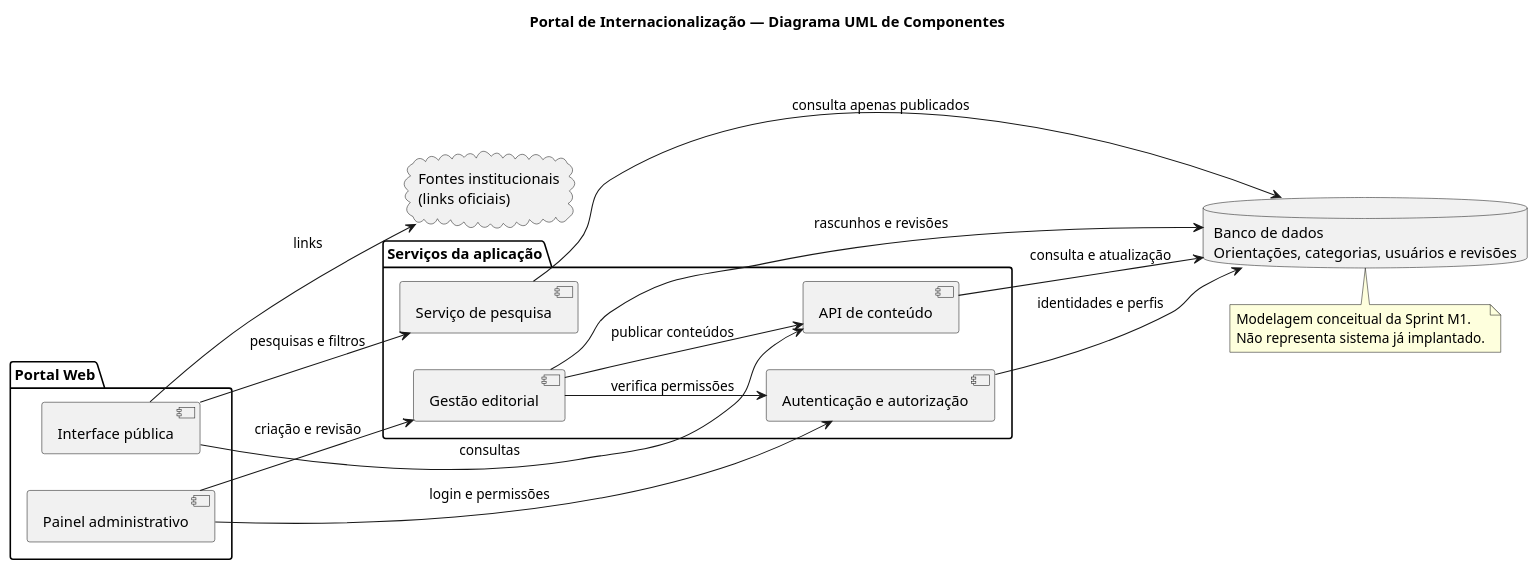
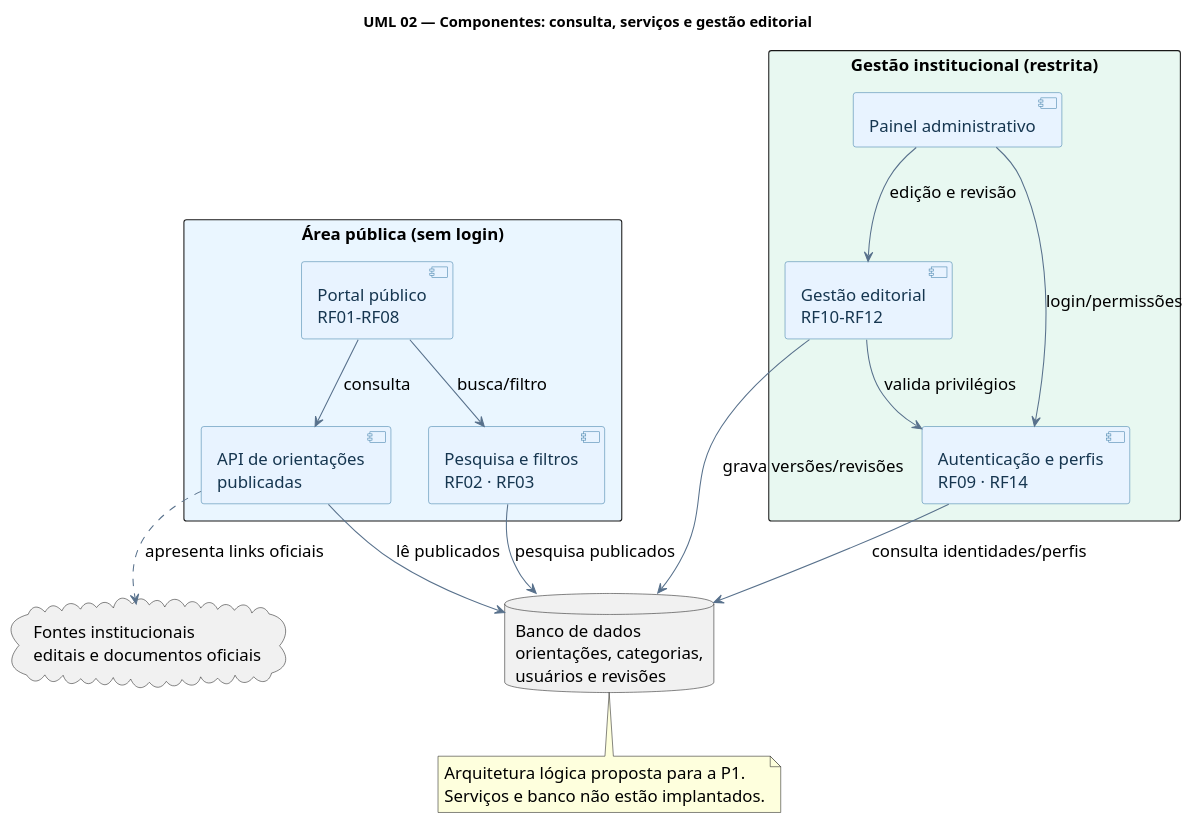
Before and after one commit to Ruan-levi/-requisitos-20262--grupo08: the diagram in diagrams/02-componentes.puml, drawn with PlantUML. The commit also changed 8 other files, not shown here.

Commit message:
docs(uml): redesenhar 3 diagramas e preparar roteiro visual de apresentacao

```diff
--- a/diagrams/02-componentes.puml
+++ b/diagrams/02-componentes.puml
@@ -1,36 +1,42 @@
 @startuml
-title Portal de Internacionalização — Diagrama UML de Componentes
-left to right direction
+' Portal de Internacionalização · Grupo 08 · Proposta 4 · Sprint M1
+title UML 02 — Componentes: consulta, serviços e gestão editorial
+top to bottom direction
+skinparam backgroundColor #FFFFFF
 skinparam shadowing false
+skinparam defaultFontName Arial
+skinparam defaultFontSize 16
 skinparam componentStyle uml2
+skinparam packageStyle rectangle
+skinparam ArrowColor #58718C
+skinparam ComponentBackgroundColor #E8F3FF
+skinparam ComponentBorderColor #3A7BA6
+skinparam ComponentFontColor #163650
+package "Área pública (sem login)" #EAF6FF {
+  component "Portal público\nRF01–RF08" as PUBLIC
+  component "API de orientações\npublicadas" as CONTENT
+  component "Pesquisa e filtros\nRF02 · RF03" as SEARCH
+}
+package "Gestão institucional (restrita)" #E8F8F1 {
+  component "Painel administrativo" as ADMINUI
+  component "Gestão editorial\nRF10–RF12" as EDITORIAL
+  component "Autenticação e perfis\nRF09 · RF14" as AUTH
+}
+database "Banco de dados\norientações, categorias,\nusuários e revisões" as DB
+cloud "Fontes institucionais\neditais e documentos oficiais" as SOURCES
 
-package "Portal Web" {
-  [Interface pública] as UI
-  [Painel administrativo] as AdminUI
-}
-package "Serviços da aplicação" {
-  [API de conteúdo] as API
-  [Serviço de pesquisa] as Busca
-  [Gestão editorial] as Editorial
-  [Autenticação e autorização] as Auth
-}
-database "Banco de dados\nOrientações, categorias, usuários e revisões" as DB
-cloud "Fontes institucionais\n(links oficiais)" as Fonte
-
-UI --> API : consultas
-UI --> Busca : pesquisas e filtros
-UI --> Fonte : links
-AdminUI --> Auth : login e permissões
-AdminUI --> Editorial : criação e revisão
-Editorial --> Auth : verifica permissões
-Editorial --> API : publicar conteúdos
-API --> DB : consulta e atualização
-Busca --> DB : consulta apenas publicados
-Editorial --> DB : rascunhos e revisões
-Auth --> DB : identidades e perfis
-
+PUBLIC --> CONTENT : consulta
+PUBLIC --> SEARCH : busca/filtro
+ADMINUI --> EDITORIAL : edição e revisão
+ADMINUI --> AUTH : login/permissões
+EDITORIAL --> AUTH : valida privilégios
+CONTENT --> DB : lê publicados
+SEARCH --> DB : pesquisa publicados
+EDITORIAL --> DB : grava versões/revisões
+AUTH --> DB : consulta identidades/perfis
+CONTENT ..> SOURCES : apresenta links oficiais
 note bottom of DB
-  Modelagem conceitual da Sprint M1.
-  Não representa sistema já implantado.
+ Arquitetura lógica proposta para a P1.
+ Serviços e banco não estão implantados.
 end note
 @enduml
```
